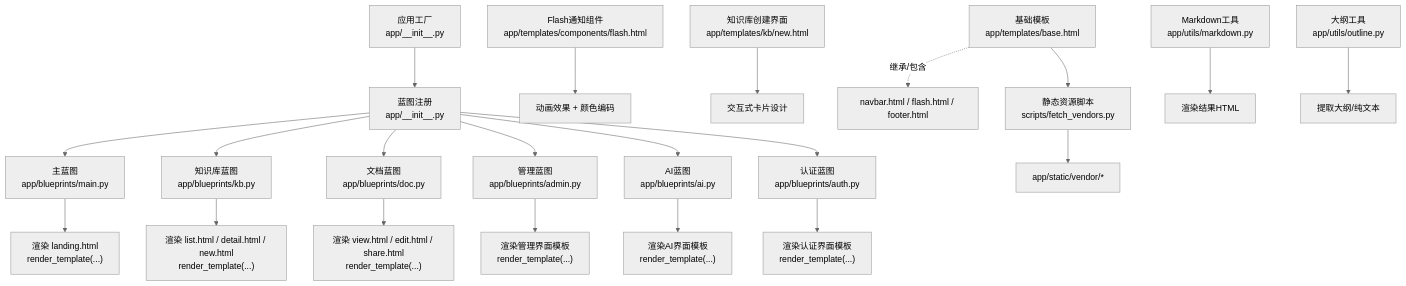
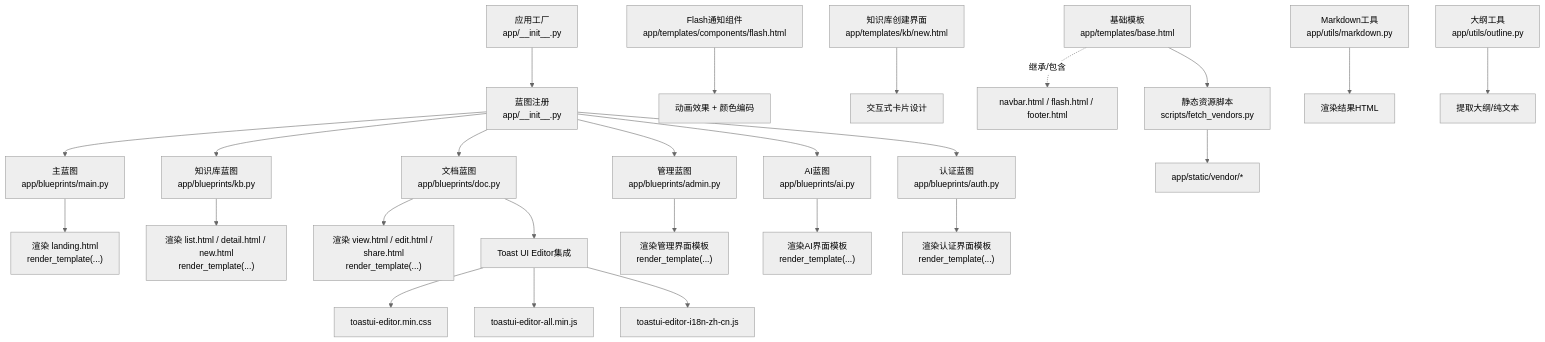
The first of 10 diagrams in .qoder/repowiki/zh/content/前端模板系统.md (beyondalbert/my_wiki), drawn with Mermaid (neutral theme) before and after one commit. The commit also changed other lines of this file and 9 other files, not shown here.

````diff
--- a/.qoder/repowiki/zh/content/前端模板系统.md
+++ b/.qoder/repowiki/zh/content/前端模板系统.md
@@ -61,23 +69,27 @@
 ```mermaid
 graph TB
 A["应用工厂<br/>app/__init__.py"] --> B["蓝图注册<br/>app/__init__.py"]
 B --> C["主蓝图<br/>app/blueprints/main.py"]
 B --> D["知识库蓝图<br/>app/blueprints/kb.py"]
 B --> E["文档蓝图<br/>app/blueprints/doc.py"]
 B --> F["管理蓝图<br/>app/blueprints/admin.py"]
 B --> G["AI蓝图<br/>app/blueprints/ai.py"]
 B --> H["认证蓝图<br/>app/blueprints/auth.py"]
 C --> I["渲染 landing.html<br/>render_template(...)"]
 D --> J["渲染 list.html / detail.html / new.html<br/>render_template(...)"]
 E --> K["渲染 view.html / edit.html / share.html<br/>render_template(...)"]
 F --> L["渲染管理界面模板<br/>render_template(...)"]
 G --> M["渲染AI界面模板<br/>render_template(...)"]
 H --> N["渲染认证界面模板<br/>render_template(...)"]
 O["基础模板<br/>app/templates/base.html"] -. 继承/包含 .-> P["navbar.html / flash.html / footer.html"]
 Q["Flash通知组件<br/>app/templates/components/flash.html"] --> R["动画效果 + 颜色编码"]
 S["知识库创建界面<br/>app/templates/kb/new.html"] --> T["交互式卡片设计"]
 U["Markdown工具<br/>app/utils/markdown.py"] --> V["渲染结果HTML"]
 W["大纲工具<br/>app/utils/outline.py"] --> X["提取大纲/纯文本"]
 Y["静态资源脚本<br/>scripts/fetch_vendors.py"] --> Z["app/static/vendor/*"]
 O --> Y
+E --> TUI["Toast UI Editor集成"]
+TUI --> CSS["toastui-editor.min.css"]
+TUI --> JS["toastui-editor-all.min.js"]
+TUI --> I18N["toastui-editor-i18n-zh-cn.js"]
 ```
````
